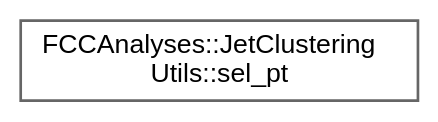
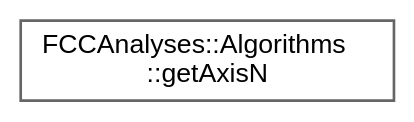
The diagram in doc/latest/inherit_graph_31.dot (HEP-FCC/FCCAnalyses), drawn with Graphviz before and after one commit. The commit also changed 117 other files, not shown here.

```diff
--- a/doc/latest/inherit_graph_31.dot
+++ b/doc/latest/inherit_graph_31.dot
@@ -1,9 +1,9 @@
 digraph "Graphical Class Hierarchy"
 {
  // LATEX_PDF_SIZE
   bgcolor="transparent";
   edge [fontname=Helvetica,fontsize=10,labelfontname=Helvetica,labelfontsize=10];
   node [fontname=Helvetica,fontsize=10,shape=box,height=0.2,width=0.4];
   rankdir="LR";
-  Node0 [id="Node000000",label="FCCAnalyses::JetClustering\lUtils::sel_pt",height=0.2,width=0.4,color="grey40", fillcolor="white", style="filled",URL="$structFCCAnalyses_1_1JetClusteringUtils_1_1sel__pt.html",tooltip="Select clustered jets with transverse momentum greader than a minimum value [GeV]."];
+  Node0 [id="Node000000",label="FCCAnalyses::Algorithms\l::getAxisN",height=0.2,width=0.4,color="grey40", fillcolor="white", style="filled",URL="$structFCCAnalyses_1_1Algorithms_1_1getAxisN.html",tooltip="Get the number of particles in a given hemisphere (defined by it's angle wrt to axis)...."];
 }
```
